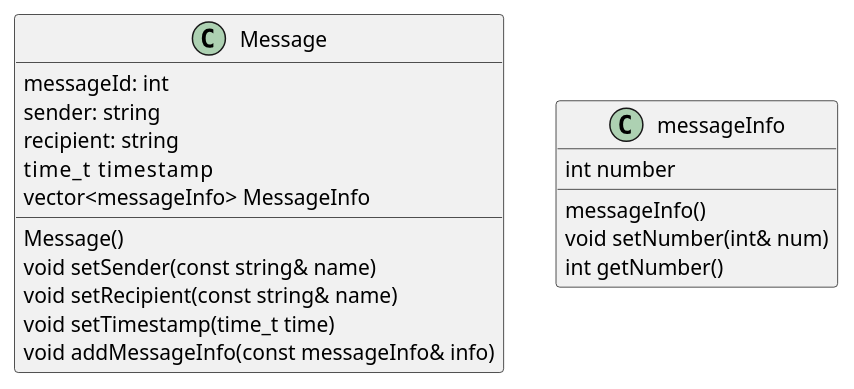
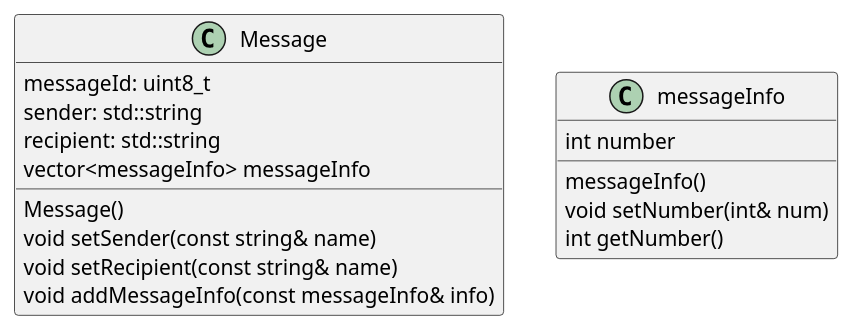
One commit to aim-ntanson/Message_lib changed the first of 3 diagrams in Document/Class-Diagram.md. Above: the diagram before and after it, drawn with PlantUML. The commit also changed 2 other files, not shown here.

Commit message:
[IMPL] implement message info

````diff
--- a/Document/Class-Diagram.md
+++ b/Document/Class-Diagram.md
@@ -3,23 +3,21 @@
 ```plantuml
 class Message {
-  messageId: int
-  sender: string
-  recipient: string
-  time_t    timestamp
-  vector<messageInfo> MessageInfo
+  messageId: uint8_t
+  sender: std::string
+  recipient: std::string
+  vector<messageInfo> messageInfo
   
   Message()
   void setSender(const string& name)
   void setRecipient(const string& name)
-  void setTimestamp(time_t time)
   void addMessageInfo(const messageInfo& info)
 }
 class messageInfo {
    int number
    
    messageInfo()
    void setNumber(int& num)
    int getNumber()
 }
 
 ```
````
